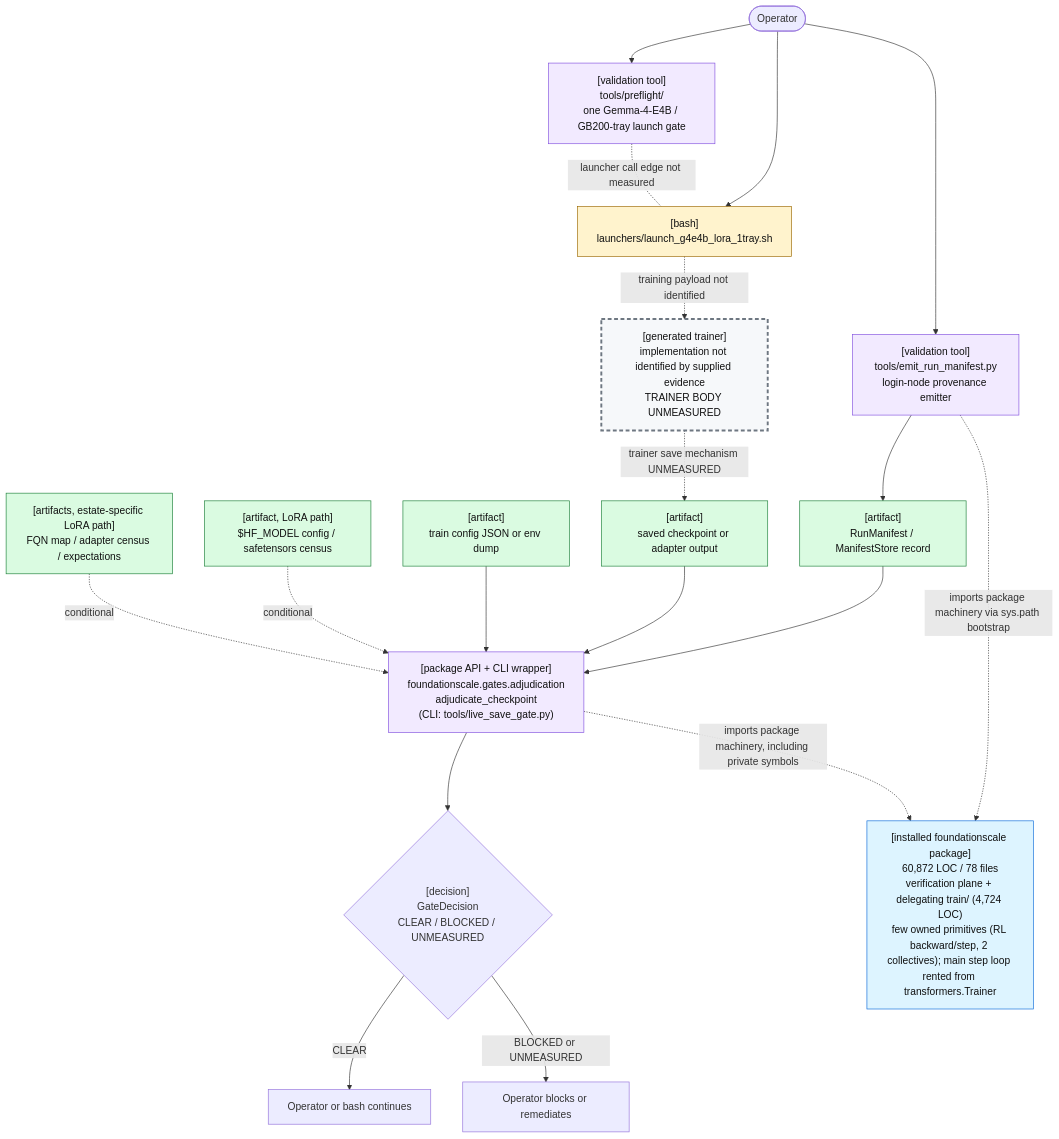
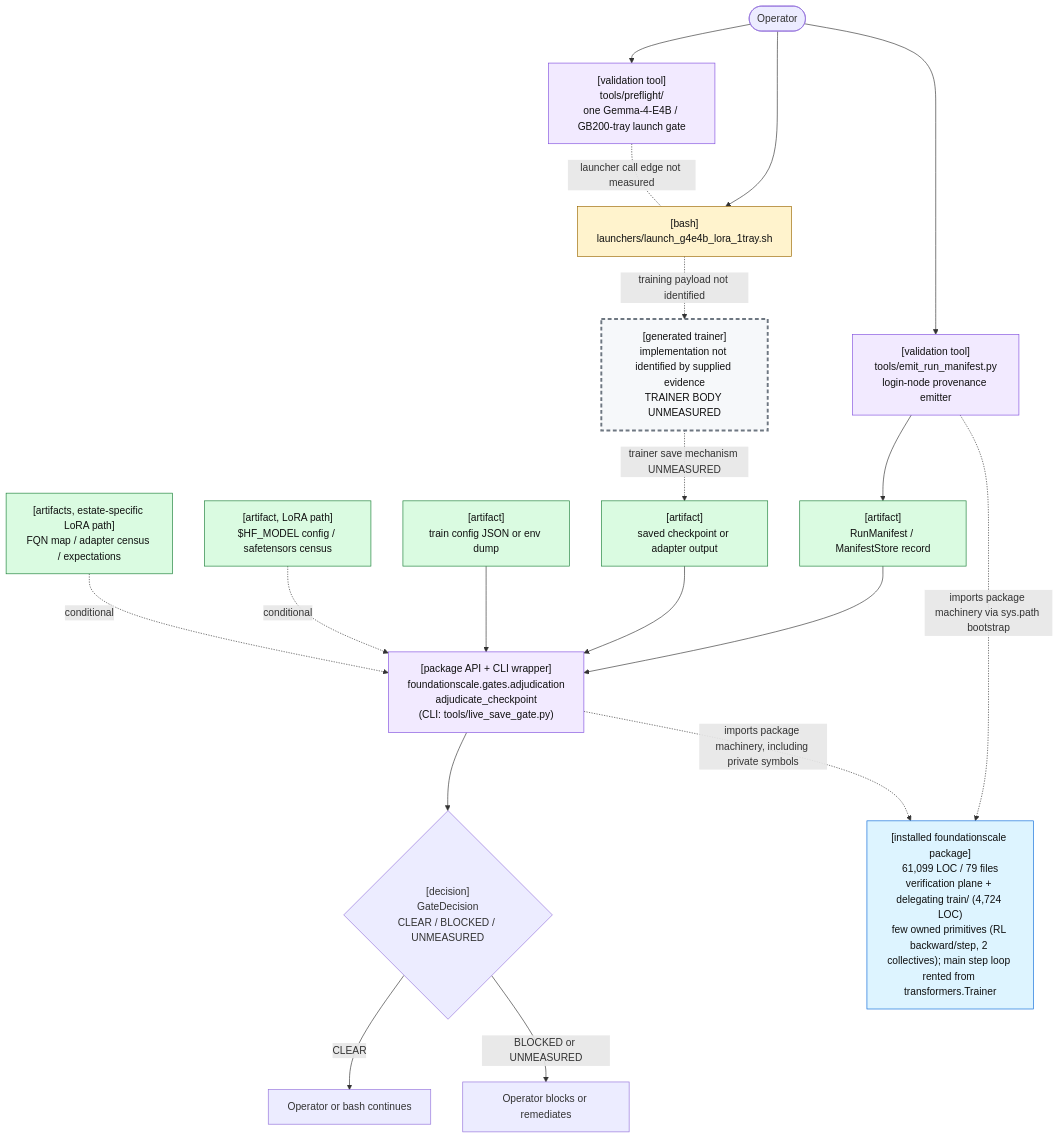
One commit to TranNhiem/FoundationScale changed the first of 2 diagrams in docs/review/D2_current_architecture.md. Above: the diagram before and after it, drawn with Mermaid. The commit also changed other lines of this file and 4 other files, not shown here.

````diff
--- a/docs/review/D2_current_architecture.md
+++ b/docs/review/D2_current_architecture.md
@@ -25,59 +25,59 @@
 ```mermaid
 flowchart TB
   O(["Operator"])
 
   PF["[validation tool]<br/>tools/preflight/<br/>one Gemma-4-E4B / GB200-tray launch gate"]
   L["[bash]<br/>launchers/launch_g4e4b_lora_1tray.sh"]
 
   E["[validation tool]<br/>tools/emit_run_manifest.py<br/>login-node provenance emitter"]
   M["[artifact]<br/>RunManifest / ManifestStore record"]
 
   T["[generated trainer]<br/>implementation not identified by supplied evidence<br/>TRAINER BODY UNMEASURED"]
   C["[artifact]<br/>saved checkpoint or adapter output"]
 
   G["[package API + CLI wrapper]<br/>foundationscale.gates.adjudication<br/>adjudicate_checkpoint<br/>(CLI: tools/live_save_gate.py)"]
   CFG["[artifact]<br/>train config JSON or env dump"]
   BASE["[artifact, LoRA path]<br/>$HF_MODEL config / safetensors census"]
   CEN["[artifacts, estate-specific LoRA path]<br/>FQN map / adapter census / expectations"]
 
   D{"[decision]<br/>GateDecision<br/>CLEAR / BLOCKED / UNMEASURED"}
   OK["Operator or bash continues"]
   NO["Operator blocks or remediates"]
 
-  PKG["[installed foundationscale package]<br/>60,872 LOC / 78 files<br/>verification plane + delegating train/ (4,724 LOC)<br/>few owned primitives (RL backward/step, 2 collectives); main step loop rented from transformers.Trainer"]
+  PKG["[installed foundationscale package]<br/>61,099 LOC / 79 files<br/>verification plane + delegating train/ (4,724 LOC)<br/>few owned primitives (RL backward/step, 2 collectives); main step loop rented from transformers.Trainer"]
 
   O --> PF
   O --> L
   PF -. "launcher call edge not measured" .- L
 
   O --> E
   E --> M
 
   L -. "training payload not identified" .-> T
   T -. "trainer save mechanism UNMEASURED" .-> C
 
   M --> G
   C --> G
   CFG --> G
   BASE -. "conditional" .-> G
   CEN -. "conditional" .-> G
 
   E -. "imports package machinery via sys.path bootstrap" .-> PKG
   G -. "imports package machinery, including private symbols" .-> PKG
 
   G --> D
   D -->|"CLEAR"| OK
   D -->|"BLOCKED or UNMEASURED"| NO
 
   classDef bash fill:#fff3cd,stroke:#9a6700,color:#111;
   classDef tool fill:#f2eaff,stroke:#8250df,color:#111;
   classDef artifact fill:#dafbe1,stroke:#1a7f37,color:#111;
   classDef gap fill:#f6f8fa,stroke:#6e7781,stroke-width:3px,stroke-dasharray: 6 4,color:#111;
   classDef pkg fill:#ddf4ff,stroke:#0969da,color:#111;
 
   class L bash;
   class PF,E,G tool;
   class M,C,CFG,BASE,CEN artifact;
   class T gap;
   class PKG pkg;
 ```
````
